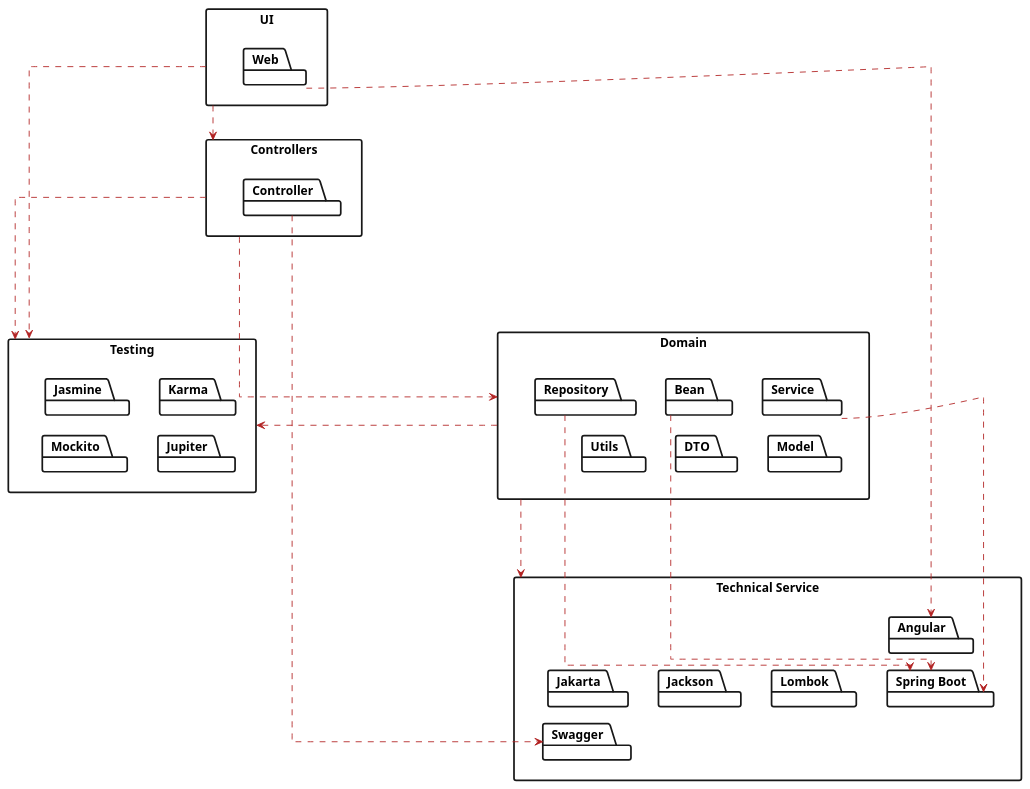
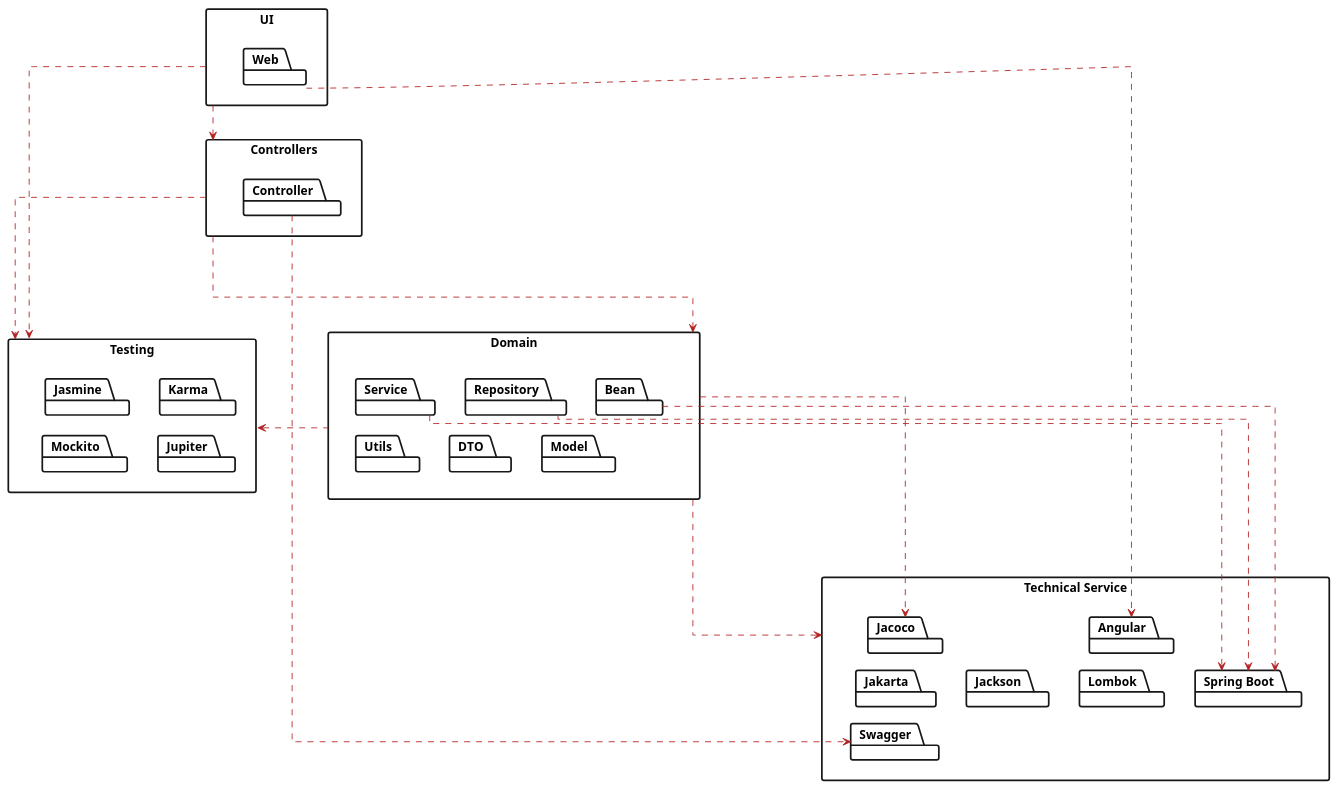
The diagram in docs/diagrams/PKG_diagram.plantuml (patrickwinti/worldwidewalter), drawn with PlantUML before and after one commit. The commit also changed 2 other files, not shown here.

Commit message:
[WWW-59] jacoco support

```diff
--- a/docs/diagrams/PKG_diagram.plantuml
+++ b/docs/diagrams/PKG_diagram.plantuml
@@ -1,70 +1,72 @@
 @startuml
 top to bottom direction
 skinparam linetype ortho
 skinparam ArrowColor Firebrick
 skinparam packageStyle rectangle
 skinparam package {
     BackgroundColor white
     BorderThickness 2
 }
 skinparam rectangle {
     BackgroundColor white
     BorderThickness 2
 }
 skinparam ranksep  20
 
 package "Technical Service" {
     package Angular
     together {
         package "Spring Boot"
         package Lombok
         package Jackson
         package Jakarta
     }
     package Swagger
+    package Jacoco
 }
 
 package Testing {
     package Jasmine
     package Karma
     package Mockito
     package Jupiter
 }
 
 package Controllers {
     package Controller
 }
 
 package Domain {
     together {
        package Service
        package Repository
        package Bean
     }
     together {
         package Model
         package DTO
         package Utils
     }
 }
 
 package UI {
     package Web
 }
 
 UI ..> Controllers
 UI .d.....> Testing
 Controllers .d.> Domain
 Controllers .d.....> Testing
 Domain .d.....> "Technical Service"
 Domain .l.....> Testing
 
 Web ..> Angular
 Controller ..> Swagger
 Service ..> "Spring Boot"
 Repository .r.> "Spring Boot"
 Bean ..> "Spring Boot"
+Domain ...> Jacoco
 Angular -[hidden]- "Spring Boot"
 Jakarta -[hidden]- Swagger
 Service -[hidden]- Model
 @enduml
```
